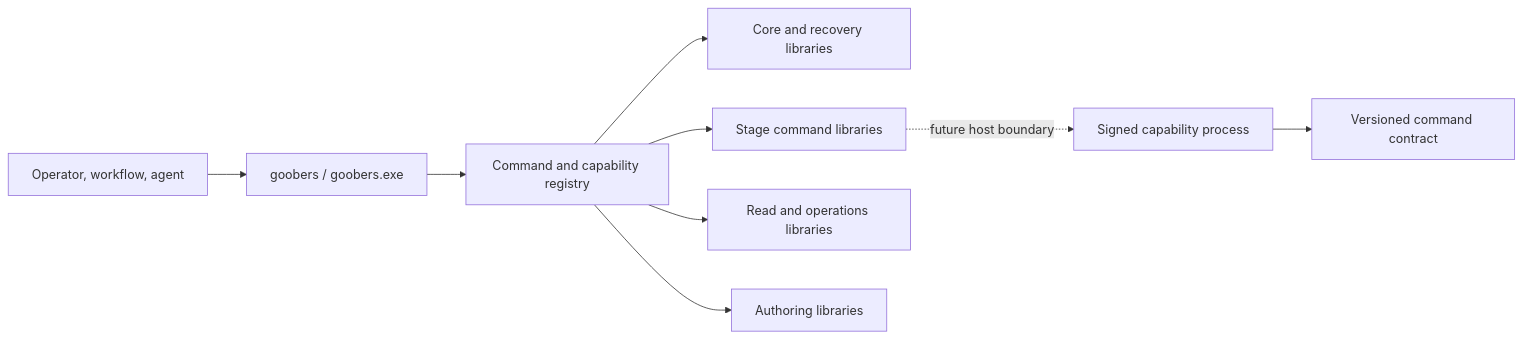
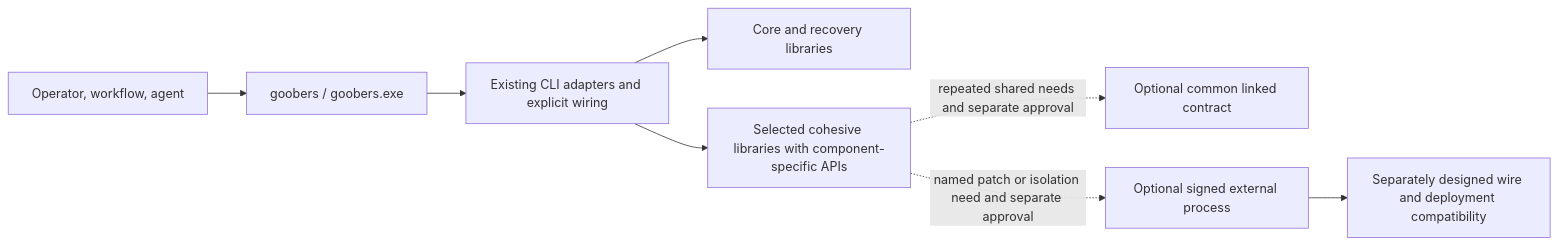
Before and after one commit to jeffstei/Goobers: the diagram in docs/design/goobers-componentization-analysis.md, drawn with Mermaid. The commit also changed other lines of this file and 7 other files, not shown here.

````diff
--- a/docs/design/goobers-componentization-analysis.md
+++ b/docs/design/goobers-componentization-analysis.md
@@ -79,11 +66,10 @@
 ```mermaid
 flowchart LR
     U[Operator, workflow, agent] --> F[goobers / goobers.exe]
-    F --> Registry[Command and capability registry]
-    Registry --> Core[Core and recovery libraries]
-    Registry --> Stage[Stage command libraries]
-    Registry --> Read[Read and operations libraries]
-    Registry --> Author[Authoring libraries]
-    Stage -. future host boundary .-> Pack[Signed capability process]
-    Pack --> Contract[Versioned command contract]
+    F --> CLI[Existing CLI adapters and explicit wiring]
+    CLI --> Core[Core and recovery libraries]
+    CLI --> Selected[Selected cohesive libraries with component-specific APIs]
+    Selected -. repeated shared needs and separate approval .-> Common[Optional common linked contract]
+    Selected -. named patch or isolation need and separate approval .-> Pack[Optional signed external process]
+    Pack --> Contract[Separately designed wire and deployment compatibility]
 ```
````
